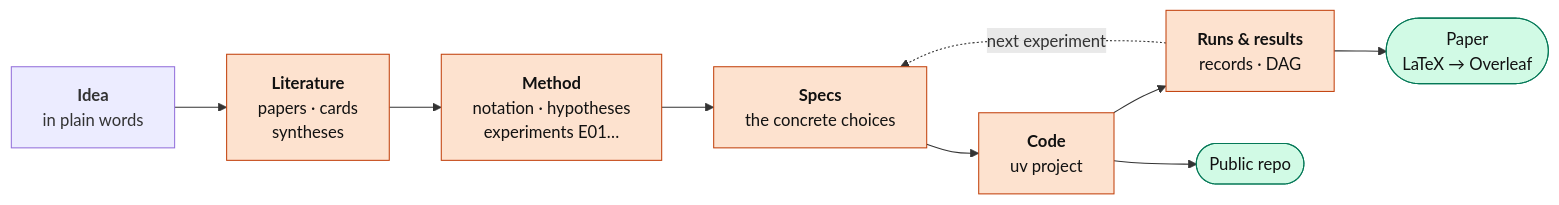
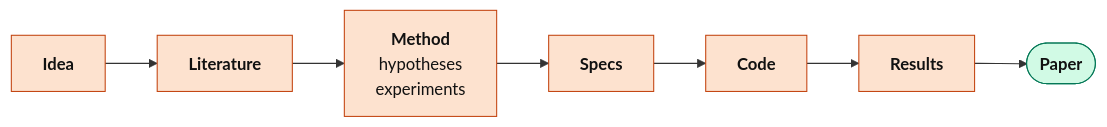
Before and after one commit to LeonardoSani/OmniFrame: the diagram in README.md, drawn with Mermaid. The commit also changed other lines of this file and 1 other file, not shown here.

Commit message:
Simplify the flow diagrams: no back arrows, Scenario_Tree built from experiments and specs, no link to OmniSem

````diff
--- a/README.md
+++ b/README.md
@@ -13,14 +12,12 @@
 ```mermaid
 flowchart LR
   classDef step fill:#fde2cf,stroke:#c2410c,color:#111
   classDef end_ fill:#d1fae5,stroke:#047857,color:#111
 
-  I["<b>Idea</b><br/>in plain words"] --> L["<b>Literature</b><br/>papers · cards<br/>syntheses"]:::step
-  L --> M["<b>Method</b><br/>notation · hypotheses<br/>experiments E01…"]:::step
-  M --> S["<b>Specs</b><br/>the concrete choices"]:::step
-  S --> C["<b>Code</b><br/>uv project"]:::step
-  C --> R["<b>Runs & results</b><br/>records · DAG"]:::step
-  R -. "next experiment" .-> S
-  R --> P(["Paper<br/>LaTeX → Overleaf"]):::end_
-  C --> G(["Public repo"]):::end_
+  I["<b>Idea</b>"]:::step --> L["<b>Literature</b>"]:::step
+  L --> M["<b>Method</b><br/>hypotheses<br/>experiments"]:::step
+  M --> S["<b>Specs</b>"]:::step
+  S --> C["<b>Code</b>"]:::step
+  C --> R["<b>Results</b>"]:::step
+  R --> P(["<b>Paper</b>"]):::end_
 ```
````
